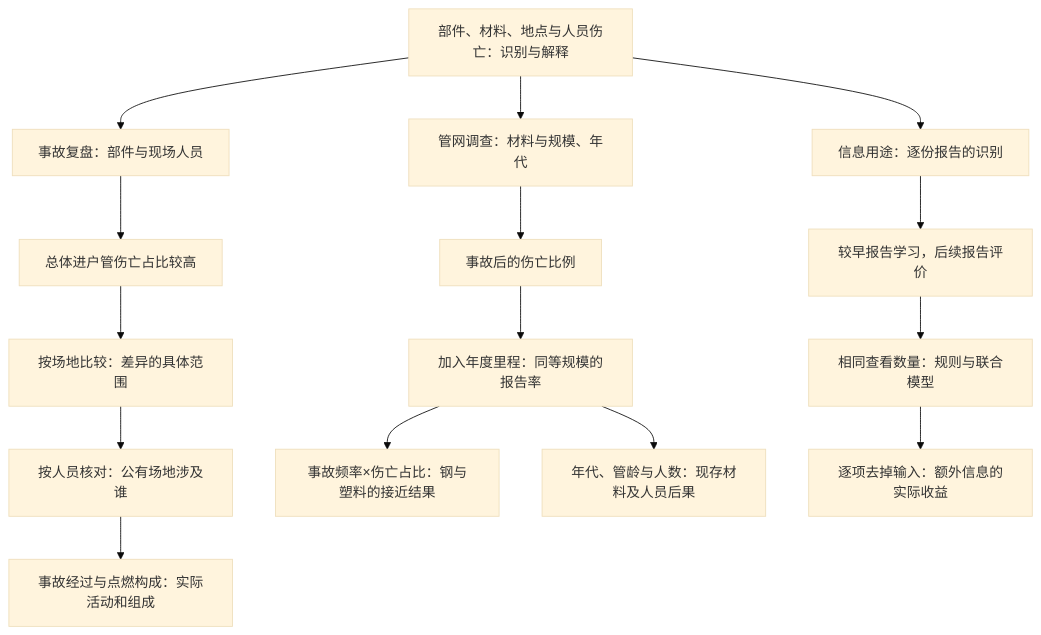
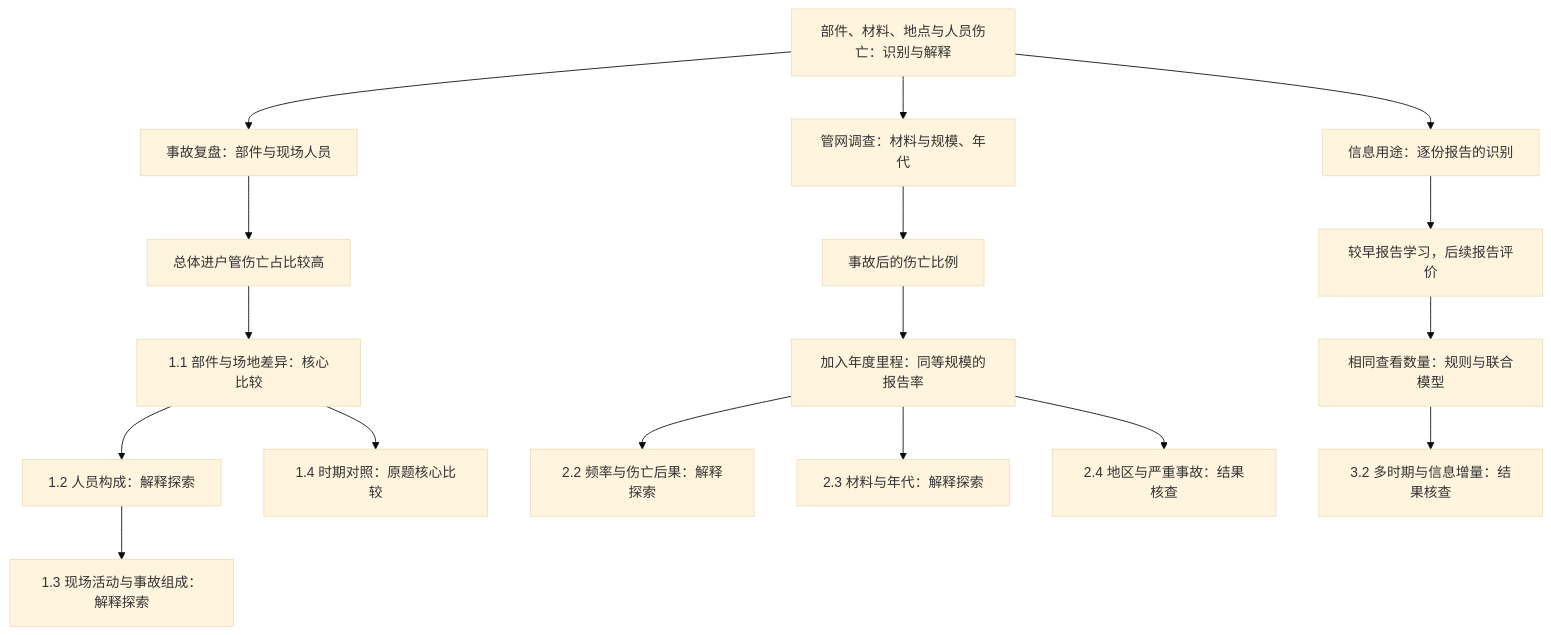
Before and after one commit to BICHENG/CDT502PHMSA: the diagram in storyline.md, drawn with Mermaid (base theme). The commit also changed other lines of this file and 7 other files, not shown here.

````diff
--- a/storyline.md
+++ b/storyline.md
@@ -17,18 +51,20 @@
 ```mermaid
 flowchart TD
     Q[部件、材料、地点与人员伤亡：识别与解释]
     Q --> P[事故复盘：部件与现场人员]
     Q --> M[管网调查：材料与规模、年代]
     Q --> V[信息用途：逐份报告的识别]
     P --> P1[总体进户管伤亡占比较高]
-    P1 --> P2[按场地比较：差异的具体范围]
-    P2 --> P3[按人员核对：公有场地涉及谁]
-    P3 --> P4[事故经过与点燃构成：实际活动和组成]
+    P1 --> P2[1.1 部件与场地差异：核心比较]
+    P2 --> P3[1.2 人员构成：解释探索]
+    P3 --> P4[1.3 现场活动与事故组成：解释探索]
+    P2 --> P5[1.4 时期对照：原题核心比较]
     M --> M1[事故后的伤亡比例]
     M1 --> M2[加入年度里程：同等规模的报告率]
-    M2 --> M3[事故频率×伤亡占比：钢与塑料的接近结果]
-    M2 --> M4[年代、管龄与人数：现存材料及人员后果]
+    M2 --> M3[2.2 频率与伤亡后果：解释探索]
+    M2 --> M4[2.3 材料与年代：解释探索]
+    M2 --> M5[2.4 地区与严重事故：结果核查]
     V --> V1[较早报告学习，后续报告评价]
     V1 --> V2[相同查看数量：规则与联合模型]
-    V2 --> V3[逐项去掉输入：额外信息的实际收益]
+    V2 --> V3[3.2 多时期与信息增量：结果核查]
 ```
````
